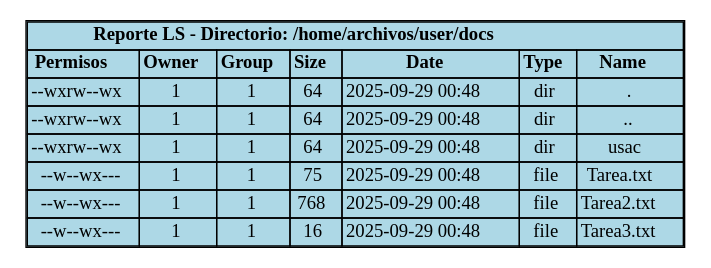
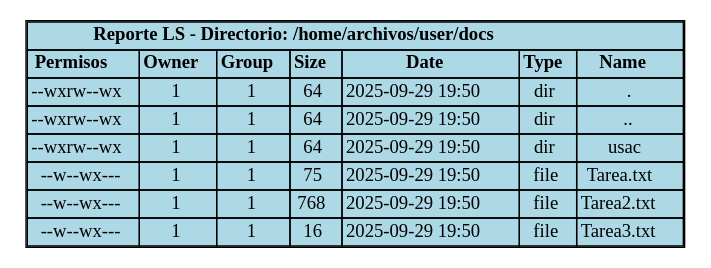
One commit to DiegVas/MIA_2S2025_P2_202300638 changed the diagram in backend/provider/reports/src/ls_381A.dot. Above: the diagram before and after it, drawn with Graphviz. The commit also changed 55 other files, not shown here.

```diff
--- a/backend/provider/reports/src/ls_381A.dot
+++ b/backend/provider/reports/src/ls_381A.dot
@@ -1,71 +1,71 @@
 digraph LS_Report {
     rankdir=TB;
     node [shape=plaintext];
     edge [style=invisible];
     title [label=<<TABLE BORDER="1" CELLBORDER="1" CELLSPACING="0" BGCOLOR="lightblue">
         <TR><TD COLSPAN="7"><B>Reporte LS - Directorio: /home/archivos/user/docs</B></TD></TR>
         <TR>
             <TD><B>Permisos</B></TD>
             <TD><B>Owner</B></TD>
             <TD><B>Group</B></TD>
             <TD><B>Size</B></TD>
             <TD><B>Date</B></TD>
             <TD><B>Type</B></TD>
             <TD><B>Name</B></TD>
         </TR>
         <TR>
             <TD>--wxrw--wx</TD>
             <TD>1</TD>
             <TD>1</TD>
             <TD>64</TD>
-            <TD>2025-09-29 00:48</TD>
+            <TD>2025-09-29 19:50</TD>
             <TD>dir</TD>
             <TD>.</TD>
         </TR>
         <TR>
             <TD>--wxrw--wx</TD>
             <TD>1</TD>
             <TD>1</TD>
             <TD>64</TD>
-            <TD>2025-09-29 00:48</TD>
+            <TD>2025-09-29 19:50</TD>
             <TD>dir</TD>
             <TD>..</TD>
         </TR>
         <TR>
             <TD>--wxrw--wx</TD>
             <TD>1</TD>
             <TD>1</TD>
             <TD>64</TD>
-            <TD>2025-09-29 00:48</TD>
+            <TD>2025-09-29 19:50</TD>
             <TD>dir</TD>
             <TD>usac</TD>
         </TR>
         <TR>
             <TD>--w--wx---</TD>
             <TD>1</TD>
             <TD>1</TD>
             <TD>75</TD>
-            <TD>2025-09-29 00:48</TD>
+            <TD>2025-09-29 19:50</TD>
             <TD>file</TD>
             <TD>Tarea.txt</TD>
         </TR>
         <TR>
             <TD>--w--wx---</TD>
             <TD>1</TD>
             <TD>1</TD>
             <TD>768</TD>
-            <TD>2025-09-29 00:48</TD>
+            <TD>2025-09-29 19:50</TD>
             <TD>file</TD>
             <TD>Tarea2.txt</TD>
         </TR>
         <TR>
             <TD>--w--wx---</TD>
             <TD>1</TD>
             <TD>1</TD>
             <TD>16</TD>
-            <TD>2025-09-29 00:48</TD>
+            <TD>2025-09-29 19:50</TD>
             <TD>file</TD>
             <TD>Tarea3.txt</TD>
         </TR>
     </TABLE>>];
 }
```
